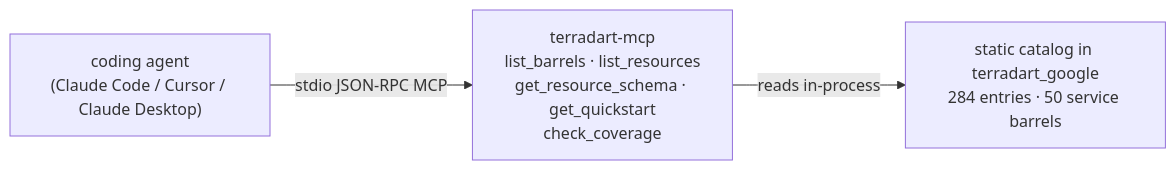
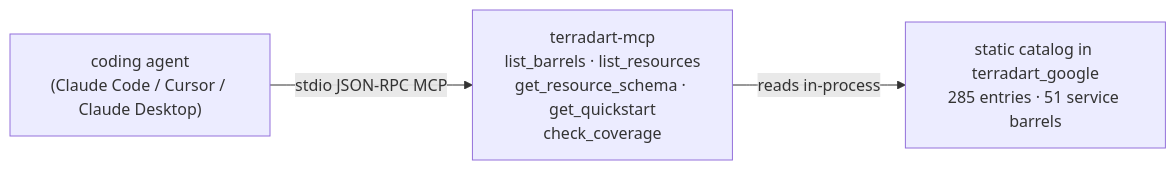
One commit to nozomi-koborinai/terradart changed the diagram in website/src/content/docs/docs/agent/index.md. Above: the diagram before and after it, drawn with Mermaid. The commit also changed other lines of this file and 23 other files, not shown here.

````diff
--- a/website/src/content/docs/docs/agent/index.md
+++ b/website/src/content/docs/docs/agent/index.md
@@ -12,8 +12,8 @@
 ```mermaid
 graph LR
   agent["coding agent<br/>(Claude Code / Cursor / Claude Desktop)"]
   mcp["terradart-mcp<br/>list_barrels · list_resources<br/>get_resource_schema · get_quickstart<br/>check_coverage"]
-  catalog["static catalog in terradart_google<br/>284 entries · 50 service barrels"]
+  catalog["static catalog in terradart_google<br/>285 entries · 51 service barrels"]
   agent -->|stdio JSON-RPC MCP| mcp
   mcp -->|reads in-process| catalog
 ```
````
